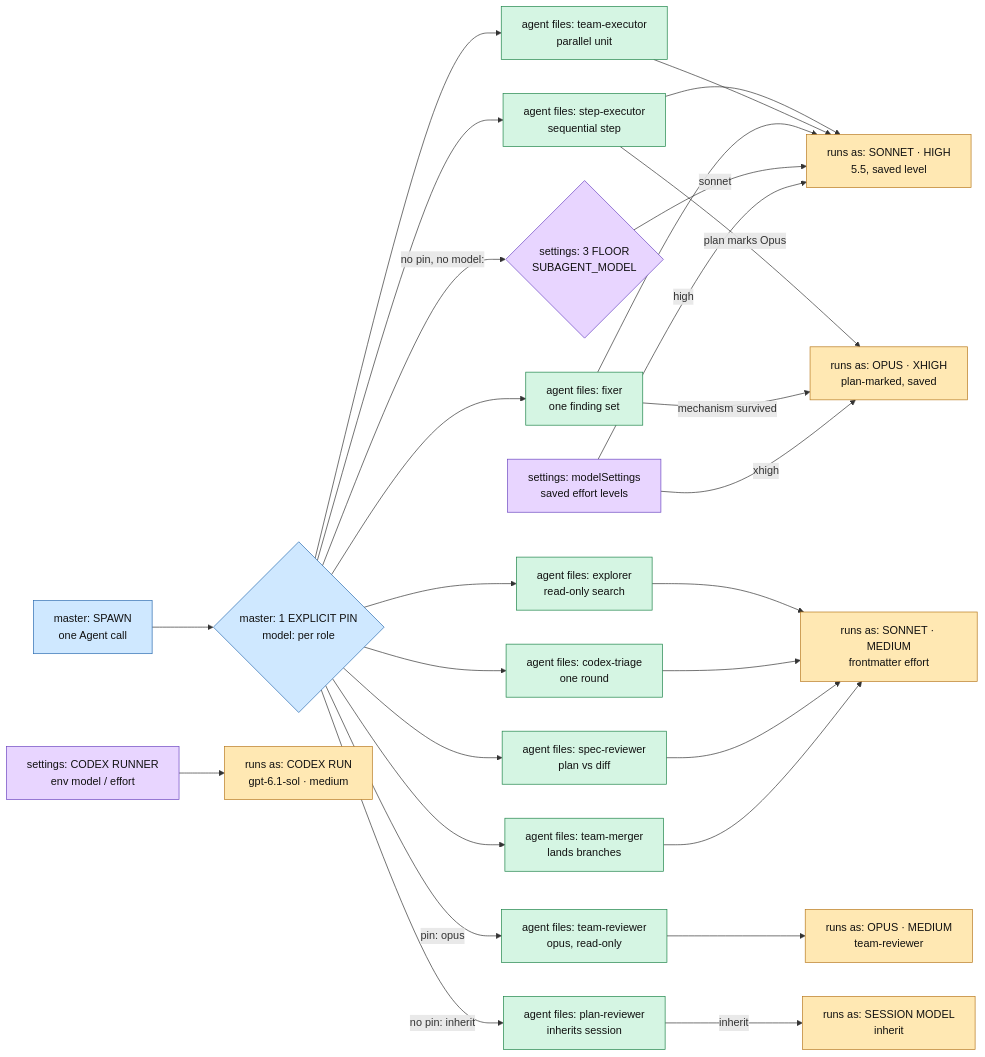
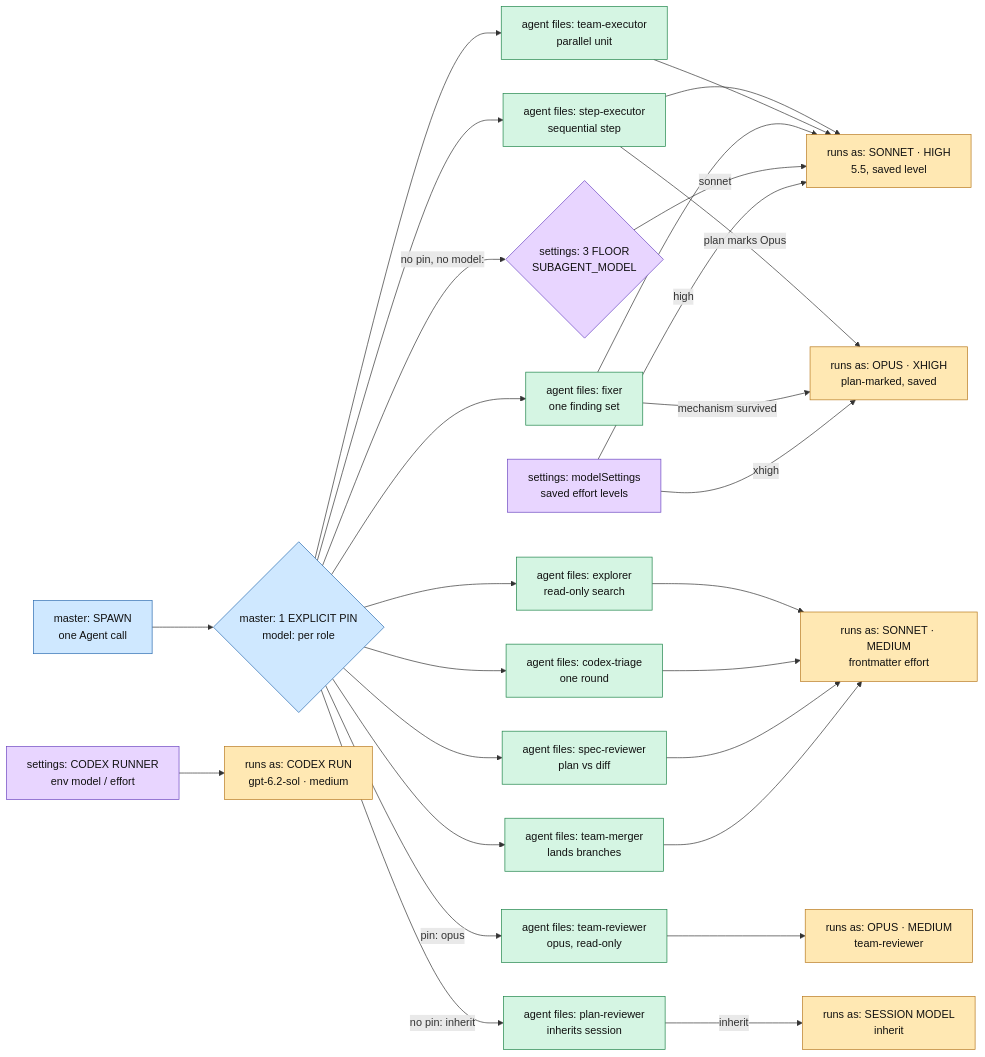
One commit to TurboKach/pipeline-viz changed the fifth of 6 diagrams in FLOW.md. Above: the diagram before and after it, drawn with Mermaid. The commit also changed other lines of this file and 6 other files, not shown here.

Commit message:
map refreshed to kit a2d5cff: codex review model gpt-6.1-sol -> gpt-6.2-sol

````diff
--- a/FLOW.md
+++ b/FLOW.md
@@ -327,53 +327,53 @@
 ```mermaid
 flowchart LR
   classDef lane0 fill:#cfe8ff,stroke:#2b6cb0,color:#111
   classDef lane1 fill:#d5f5e3,stroke:#1e8449,color:#111
   classDef lane2 fill:#ffe8b3,stroke:#b7791f,color:#111
   classDef lane3 fill:#e8d5ff,stroke:#6b46c1,color:#111
   n0["master: SPAWN<br/>one Agent call"]:::lane0
   n1{"master: 1 EXPLICIT PIN<br/>model: per role"}:::lane0
   n2["agent files: step-executor<br/>sequential step"]:::lane1
   n3["agent files: team-executor<br/>parallel unit"]:::lane1
   n4["agent files: fixer<br/>one finding set"]:::lane1
   n5["agent files: explorer<br/>read-only search"]:::lane1
   n6["agent files: codex-triage<br/>one round"]:::lane1
   n7["agent files: spec-reviewer<br/>plan vs diff"]:::lane1
   n8["agent files: team-merger<br/>lands branches"]:::lane1
   n9["agent files: team-reviewer<br/>opus, read-only"]:::lane1
   n10["agent files: plan-reviewer<br/>inherits session"]:::lane1
   n11["runs as: SONNET · HIGH<br/>5.5, saved level"]:::lane2
   n12["runs as: OPUS · XHIGH<br/>plan-marked, saved"]:::lane2
   n13["runs as: SONNET · MEDIUM<br/>frontmatter effort"]:::lane2
   n14["runs as: OPUS · MEDIUM<br/>team-reviewer"]:::lane2
   n15["runs as: SESSION MODEL<br/>inherit"]:::lane2
-  n16["runs as: CODEX RUN<br/>gpt-6.1-sol · medium"]:::lane2
+  n16["runs as: CODEX RUN<br/>gpt-6.2-sol · medium"]:::lane2
   n17{"settings: 3 FLOOR<br/>SUBAGENT_MODEL"}:::lane3
   n18["settings: modelSettings<br/>saved effort levels"]:::lane3
   n19["settings: CODEX RUNNER<br/>env model / effort"]:::lane3
   n0 --> n1
   n1 --> n2
   n1 --> n3
   n1 --> n4
   n1 --> n5
   n1 --> n6
   n1 --> n7
   n1 --> n8
   n1 -- "pin: opus" --> n9
   n1 -- "no pin: inherit" --> n10
   n1 -- "no pin, no model:" --> n17
   n2 --> n11
   n2 -- "plan marks Opus" --> n12
   n3 --> n11
   n4 --> n11
   n4 -- "mechanism survived" --> n12
   n5 --> n13
   n6 --> n13
   n7 --> n13
   n8 --> n13
   n9 --> n14
   n10 -- "inherit" --> n15
   n17 -- "sonnet" --> n11
   n18 -- "high" --> n11
   n18 -- "xhigh" --> n12
   n19 --> n16
 ```
````
